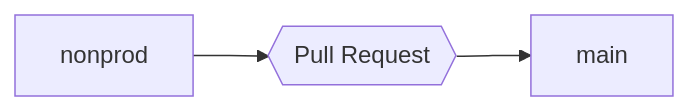
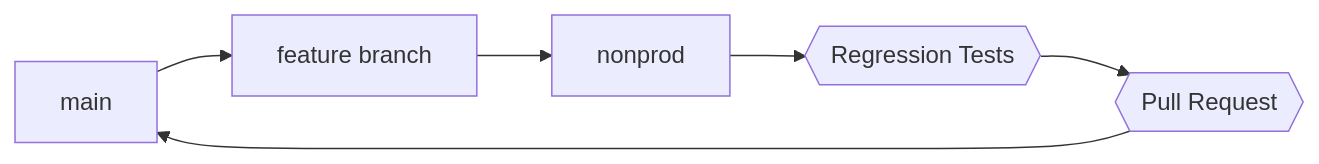
The diagram in README.md (mednax-it/Omniparser_Schemas), drawn with Mermaid before and after one commit. The commit also changed other lines of this file, not shown here.

````diff
--- a/README.md
+++ b/README.md
@@ -7,4 +22,8 @@
 ```mermaid
 graph LR;
-    nonprod[nonprod] --> pr{{Pull Request}} --> main[main]
+    main[main] --> fb[feature branch]
+    fb --> nonprod[nonprod]
+    nonprod --> test{{Regression Tests}}
+    test --> pr{{Pull Request}}
+    pr --> main
 ```
````
